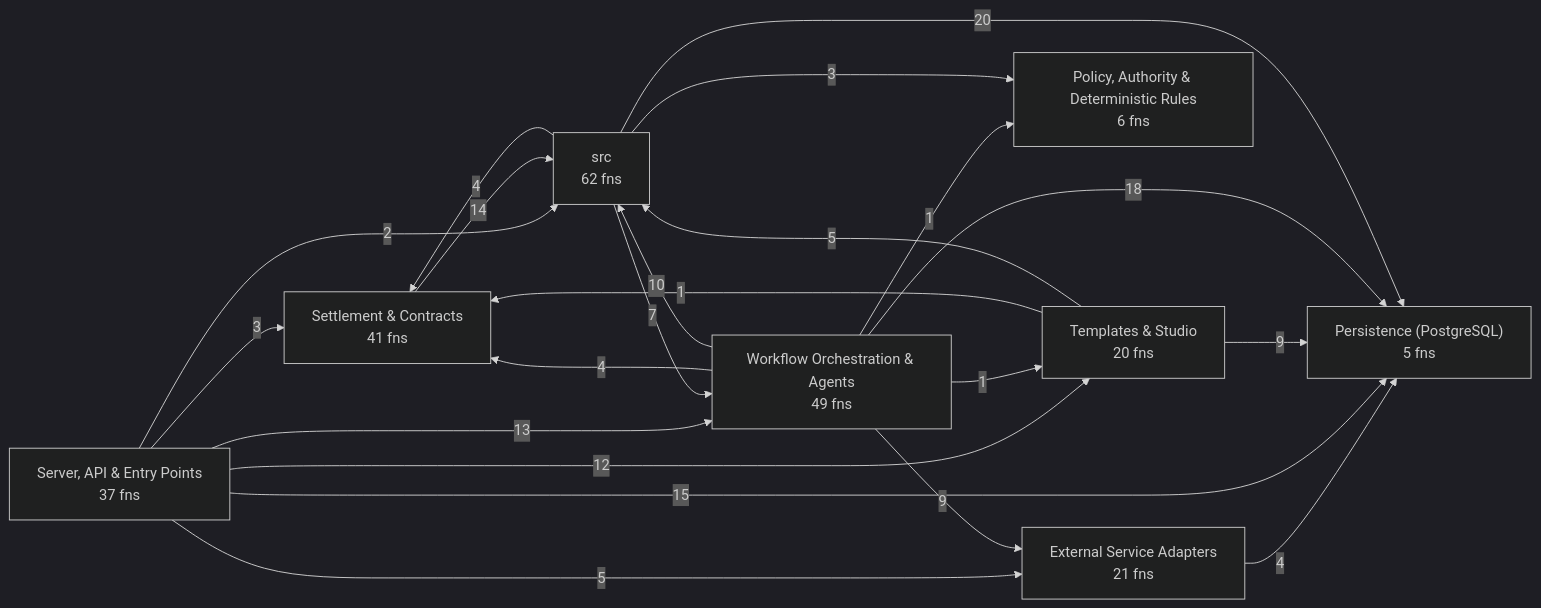
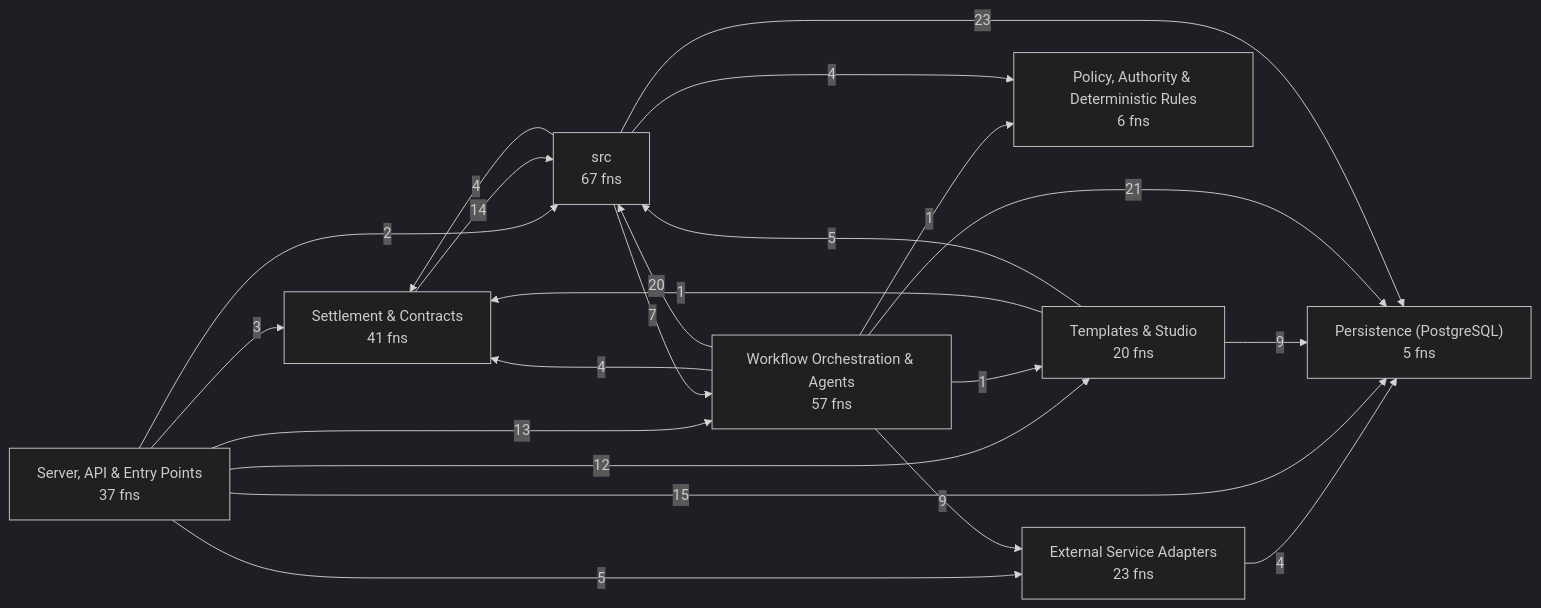
One commit to Jaydearcadian/bind changed the first of 8 diagrams in docs/CODEBASE_MAP.md. Above: the diagram before and after it, drawn with Mermaid (dark theme). The commit also changed other lines of this file and 15 other files, not shown here.

````diff
--- a/docs/CODEBASE_MAP.md
+++ b/docs/CODEBASE_MAP.md
@@ -12,32 +12,32 @@
 ```mermaid
 flowchart LR
-  L0["External Service Adapters<br/>21 fns"]
+  L0["External Service Adapters<br/>23 fns"]
   L1["Persistence (PostgreSQL)<br/>5 fns"]
   L2["Policy, Authority & Deterministic Rules<br/>6 fns"]
   L3["Server, API & Entry Points<br/>37 fns"]
   L4["Settlement & Contracts<br/>41 fns"]
   L5["Templates & Studio<br/>20 fns"]
-  L6["Workflow Orchestration & Agents<br/>49 fns"]
-  L7["src<br/>62 fns"]
+  L6["Workflow Orchestration & Agents<br/>57 fns"]
+  L7["src<br/>67 fns"]
   L0 -->|4| L1
   L3 -->|5| L0
   L3 -->|15| L1
   L3 -->|3| L4
   L3 -->|12| L5
   L3 -->|13| L6
   L3 -->|2| L7
   L4 -->|14| L7
   L5 -->|9| L1
   L5 -->|1| L4
   L5 -->|5| L7
   L6 -->|9| L0
-  L6 -->|18| L1
+  L6 -->|21| L1
   L6 -->|1| L2
   L6 -->|4| L4
   L6 -->|1| L5
-  L6 -->|10| L7
-  L7 -->|20| L1
-  L7 -->|3| L2
+  L6 -->|20| L7
+  L7 -->|23| L1
+  L7 -->|4| L2
   L7 -->|4| L4
   L7 -->|7| L6
 ```
````
